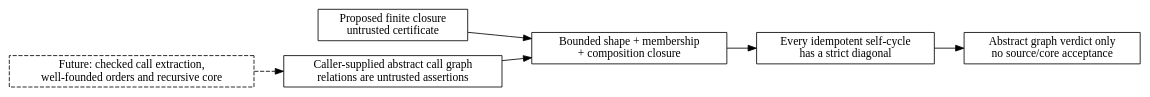
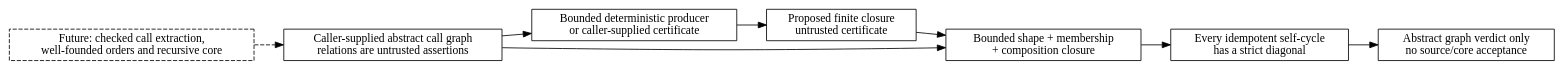
One commit to odunboye/fibril changed the diagram in docs/diagrams/size-change-certificates.dot. Above: the diagram before and after it, drawn with Graphviz. The commit also changed 3 other files, not shown here.

```diff
--- a/docs/diagrams/size-change-certificates.dot
+++ b/docs/diagrams/size-change-certificates.dot
@@ -1,14 +1,16 @@
 digraph SizeChangeCertificates {
   rankdir=LR;
   node [shape=box];
   callGraph [label="Caller-supplied abstract call graph\nrelations are untrusted assertions"];
+  producer [label="Bounded deterministic producer\nor caller-supplied certificate"];
   cert [label="Proposed finite closure\nuntrusted certificate"];
   admission [label="Bounded shape + membership\n+ composition closure"];
   cycle [label="Every idempotent self-cycle\nhas a strict diagonal"];
   result [label="Abstract graph verdict only\nno source/core acceptance"];
   future [label="Future: checked call extraction,\nwell-founded orders and recursive core", style=dashed];
+  callGraph -> producer -> cert;
   callGraph -> admission;
   cert -> admission;
   admission -> cycle -> result;
   future -> callGraph [style=dashed];
 }
```
